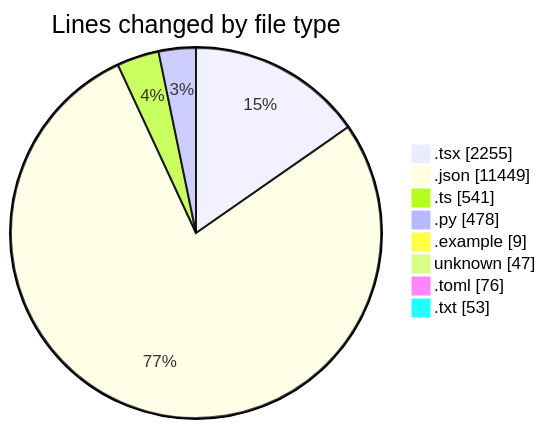
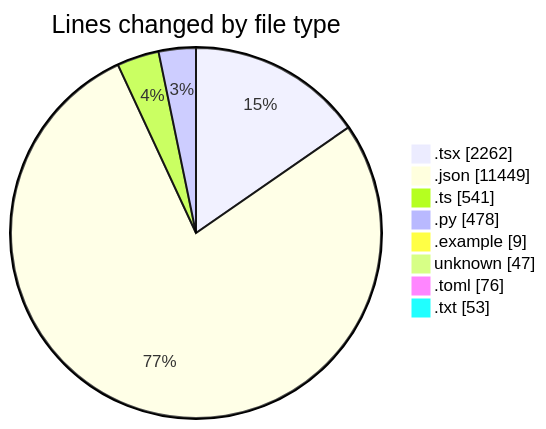
The first of 2 diagrams in 2025-04-30/niten/README.md (Elitesun/code-tracking), drawn with Mermaid before and after one commit. The commit also changed other lines of this file and 1 other file, not shown here.

````diff
--- a/2025-04-30/niten/README.md
+++ b/2025-04-30/niten/README.md
@@ -69,12 +69,12 @@
 ```mermaid
 pie showData
 title Lines changed by file type
-".tsx" : 2255
+".tsx" : 2262
 ".json" : 11449
 ".ts" : 541
 ".py" : 478
 ".example" : 9
 "unknown" : 47
 ".toml" : 76
 ".txt" : 53
 ```
````
